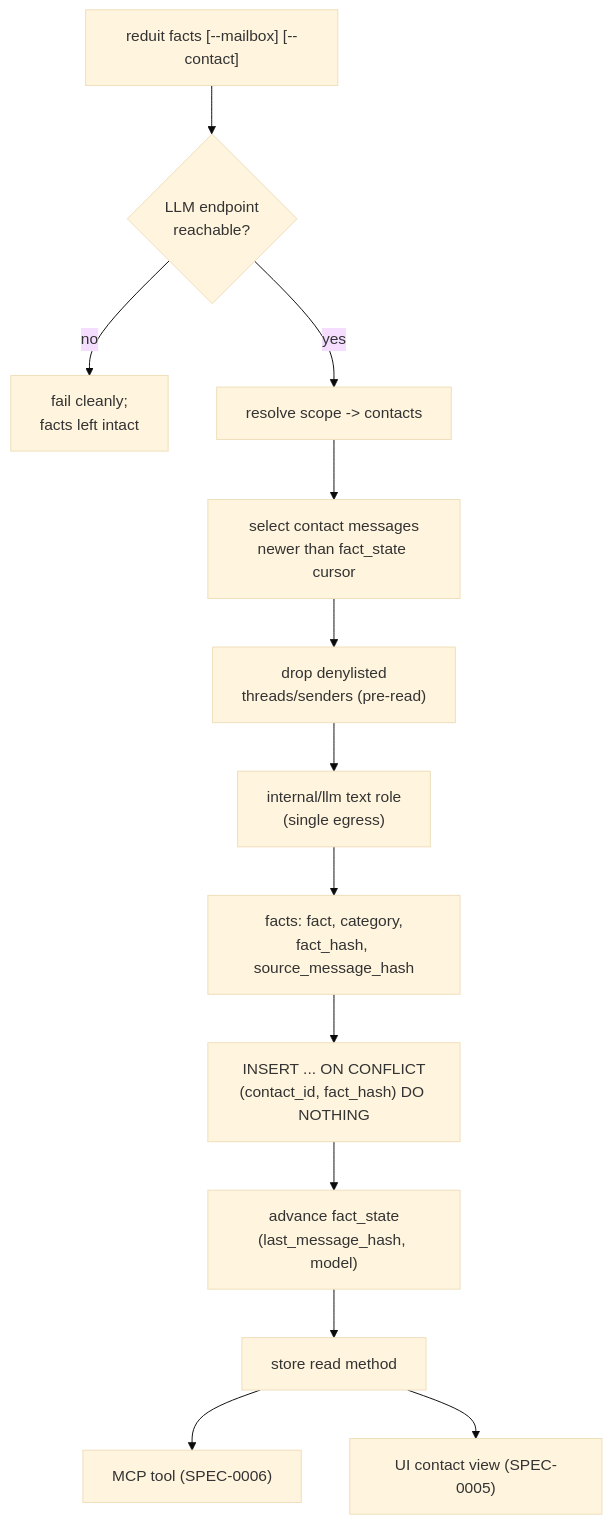
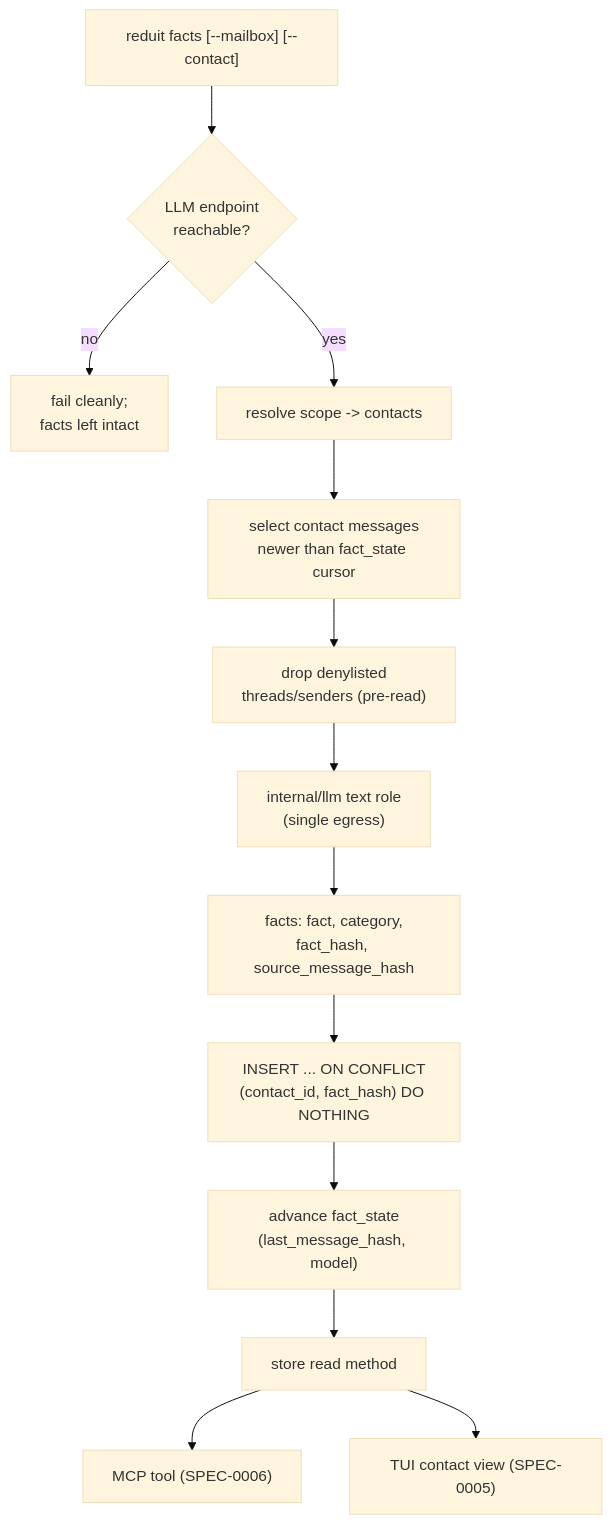
Before and after one commit to joestump/reduit: the diagram in docs/openspec/specs/contact-facts/design.md, drawn with Mermaid (base theme). The commit also changed other lines of this file and 47 other files, not shown here.

Commit message:
chore: hard reset architecture artifacts for the TUI pivot (#171)

````diff
--- a/docs/openspec/specs/contact-facts/design.md
+++ b/docs/openspec/specs/contact-facts/design.md
@@ -27,15 +27,15 @@
 ```mermaid
 flowchart TD
     A["reduit facts [--mailbox] [--contact]"] --> B{LLM endpoint<br/>reachable?}
     B -- no --> Z["fail cleanly;<br/>facts left intact"]
     B -- yes --> C["resolve scope -> contacts"]
     C --> D["select contact messages<br/>newer than fact_state cursor"]
     D --> E["drop denylisted<br/>threads/senders (pre-read)"]
     E --> F["internal/llm text role<br/>(single egress)"]
     F --> G["facts: fact, category,<br/>fact_hash, source_message_hash"]
     G --> H["INSERT ... ON CONFLICT<br/>(contact_id, fact_hash) DO NOTHING"]
     H --> I["advance fact_state<br/>(last_message_hash, model)"]
     I --> J["store read method"]
     J --> K["MCP tool (SPEC-0006)"]
-    J --> L["UI contact view (SPEC-0005)"]
+    J --> L["TUI contact view (SPEC-0005)"]
 ```
````
